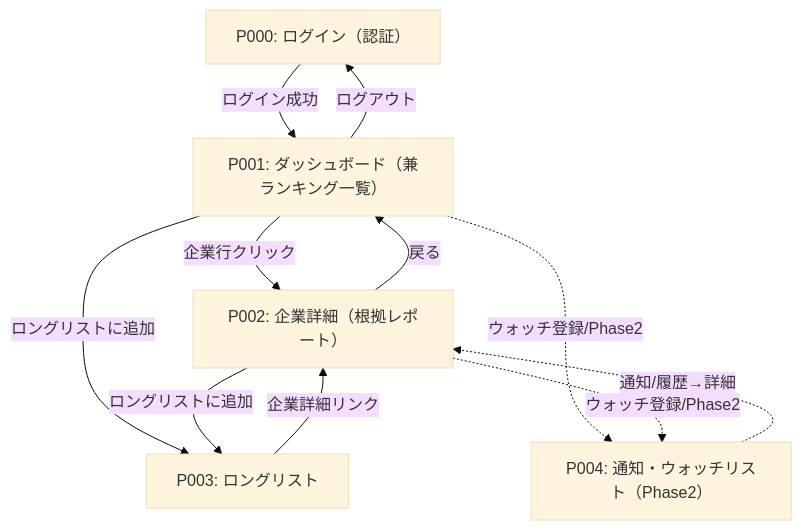
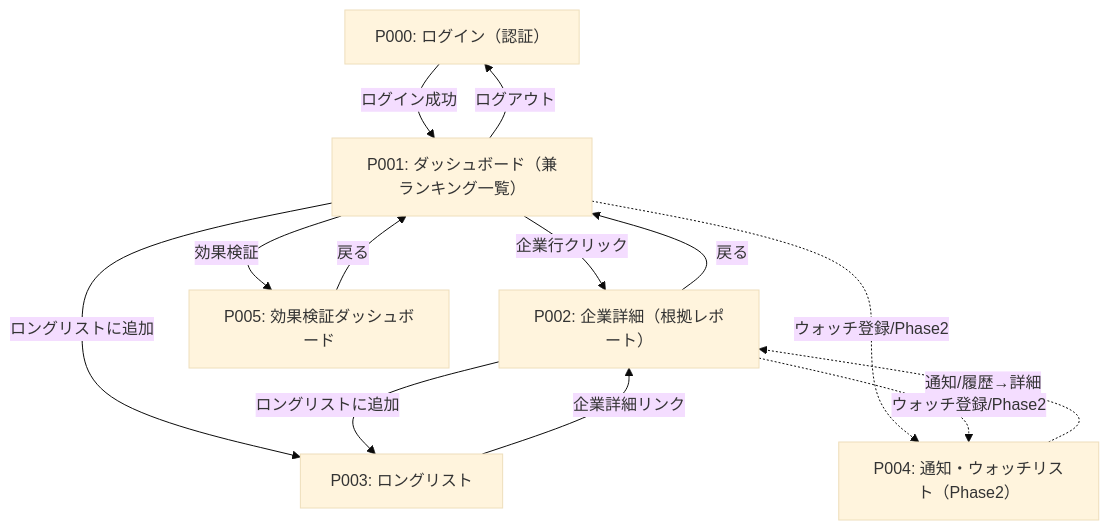
Before and after one commit to asasinahsar/property-sale-screening: the diagram in docs/requirements/specifications/flow.md, drawn with Mermaid (base theme). The commit also changed other lines of this file and 12 other files, not shown here.

````diff
--- a/docs/requirements/specifications/flow.md
+++ b/docs/requirements/specifications/flow.md
@@ -35,13 +37,15 @@
 ```mermaid
 graph TD
     P000["P000: ログイン（認証）"] -->|ログイン成功| P001["P001: ダッシュボード（兼ランキング一覧）"]
     P001 -->|企業行クリック| P002["P002: 企業詳細（根拠レポート）"]
     P001 -->|ロングリストに追加| P003["P003: ロングリスト"]
     P002 -->|戻る| P001
     P002 -->|ロングリストに追加| P003
     P003 -->|企業詳細リンク| P002
     P001 -->|ログアウト| P000
+    P001 -->|効果検証| P005["P005: 効果検証ダッシュボード"]
+    P005 -->|戻る| P001
     P001 -.->|ウォッチ登録/Phase2| P004["P004: 通知・ウォッチリスト（Phase2）"]
     P002 -.->|ウォッチ登録/Phase2| P004
     P004 -.->|通知/履歴→詳細| P002
 ```
````
